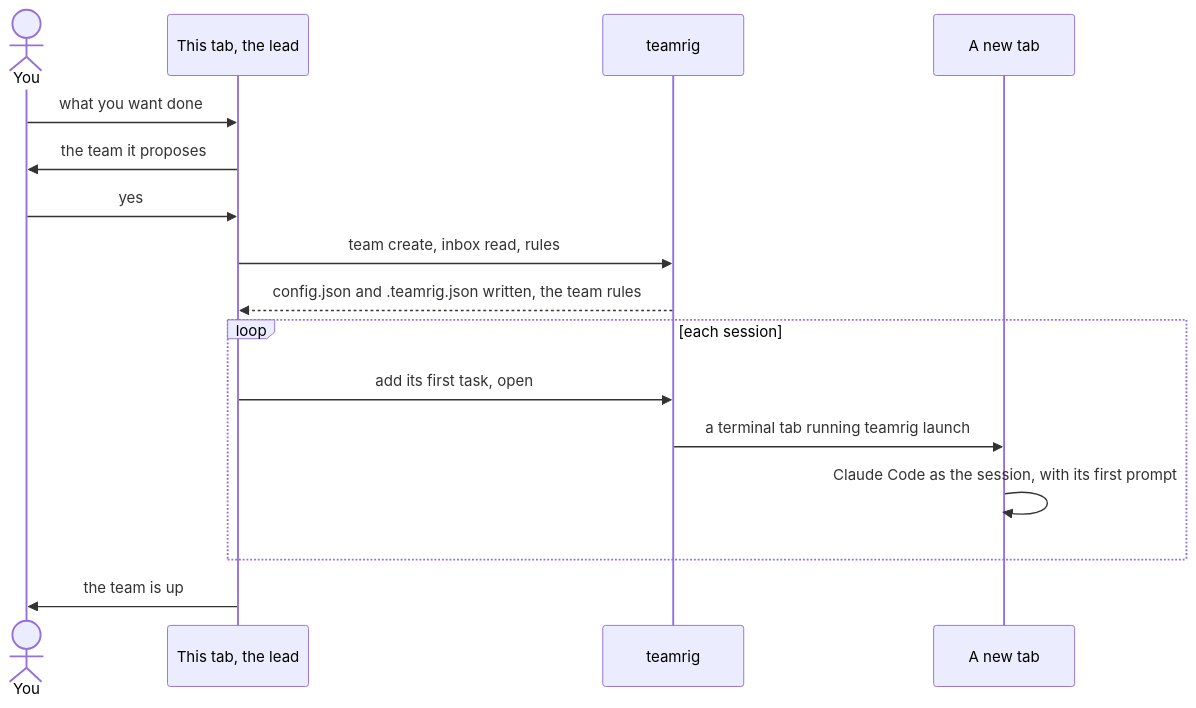
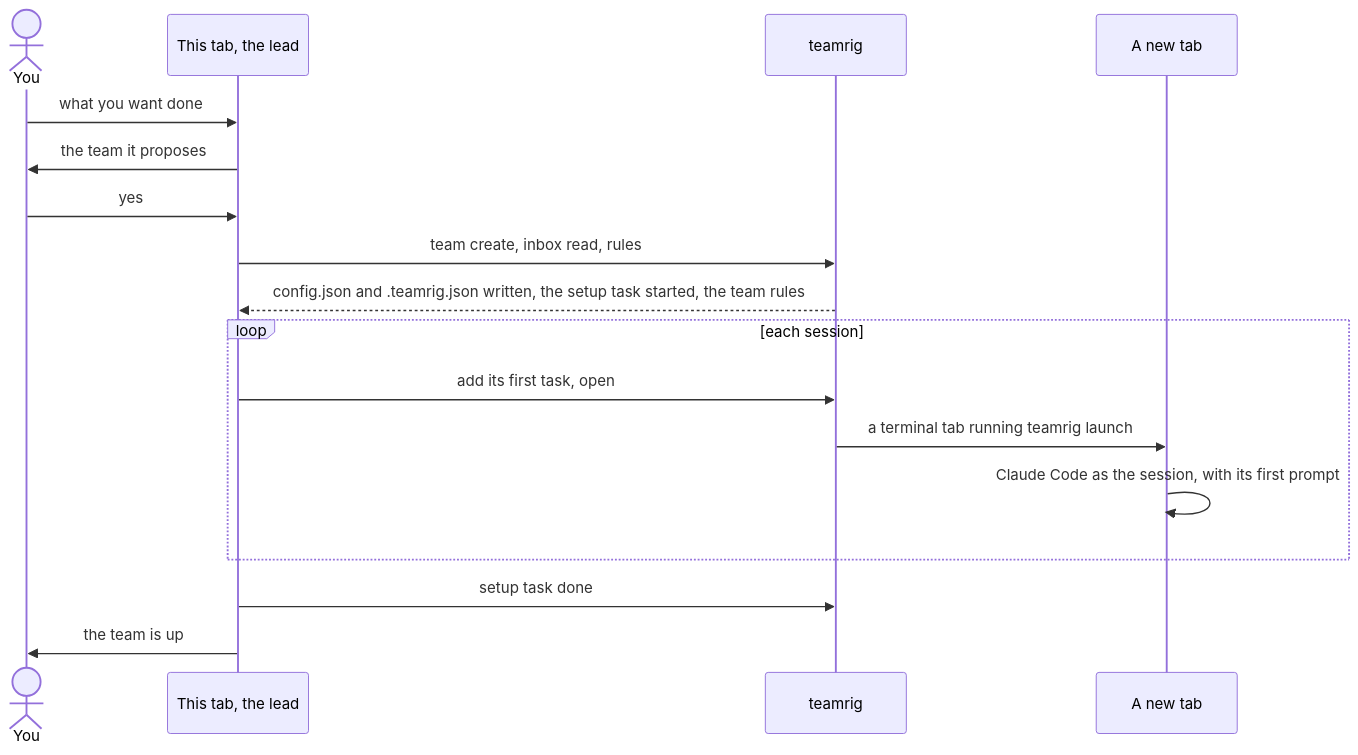
One commit to GeneralA6/teamrig changed the third of 10 diagrams in docs/how-it-works.md. Above: the diagram before and after it, drawn with Mermaid. The commit also changed other lines of this file and 4 other files, not shown here.

First line of the commit message:
docs: the lead's setup task, and team-setup closes it (T988)

````diff
--- a/docs/how-it-works.md
+++ b/docs/how-it-works.md
@@ -145,18 +145,19 @@
 ```mermaid
 sequenceDiagram
   actor you as You
   participant lead as This tab, the lead
   participant cli as teamrig
   participant tab as A new tab
   you->>lead: what you want done
   lead->>you: the team it proposes
   you->>lead: yes
   lead->>cli: team create, inbox read, rules
-  cli-->>lead: config.json and .teamrig.json written, the team rules
+  cli-->>lead: config.json and .teamrig.json written, the setup task started, the team rules
   loop each session
     lead->>cli: add its first task, open
     cli->>tab: a terminal tab running teamrig launch
     tab->>tab: Claude Code as the session, with its first prompt
   end
+  lead->>cli: setup task done
   lead->>you: the team is up
 ```
````
